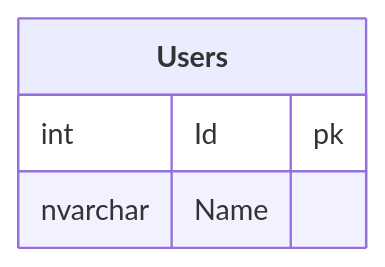
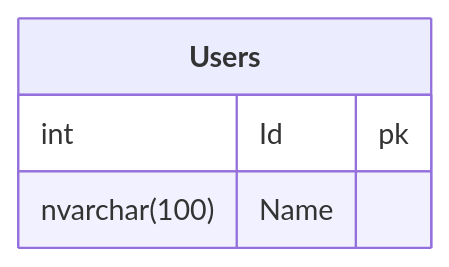
Before and after one commit to SimonCropp/DbToMermaid: the diagram in src/SqlServerToMermaidTool.Tests/IntegrationTests.ConnectionString_ToMermaid.verified.mmd, drawn with Mermaid. The commit also changed 26 other files, not shown here.

```diff
--- a/src/SqlServerToMermaidTool.Tests/IntegrationTests.ConnectionString_ToMermaid.verified.mmd
+++ b/src/SqlServerToMermaidTool.Tests/IntegrationTests.ConnectionString_ToMermaid.verified.mmd
@@ -1,5 +1,5 @@
 erDiagram
   Users["**Users**"] {
     int Id pk
-    nvarchar Name
+    nvarchar(100) Name
   }
```
